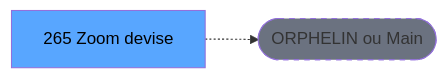
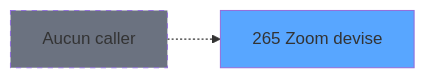
The second of 3 diagrams in .openspec/specs/ADH-IDE-265.md (thonyAGP/magic-migration), drawn with Mermaid before and after one commit. The commit also changed other lines of this file and 493 other files, not shown here.

````diff
--- a/.openspec/specs/ADH-IDE-265.md
+++ b/.openspec/specs/ADH-IDE-265.md
@@ -121,8 +173,8 @@
 ```mermaid
 graph LR
-    T[265 Zoom devise]
-    ORPHAN([ORPHELIN ou Main])
-    T -.-> ORPHAN
-    style T fill:#58a6ff,color:#000
-    style ORPHAN fill:#6b7280,stroke-dasharray: 5 5
+    T265[265 Zoom devise]
+    style T265 fill:#58a6ff
+    NONE[Aucun caller]
+    NONE -.-> T265
+    style NONE fill:#6b7280,stroke-dasharray: 5 5
 ```
````
